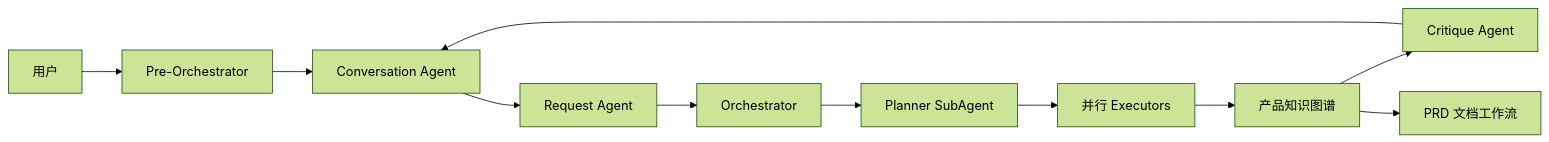
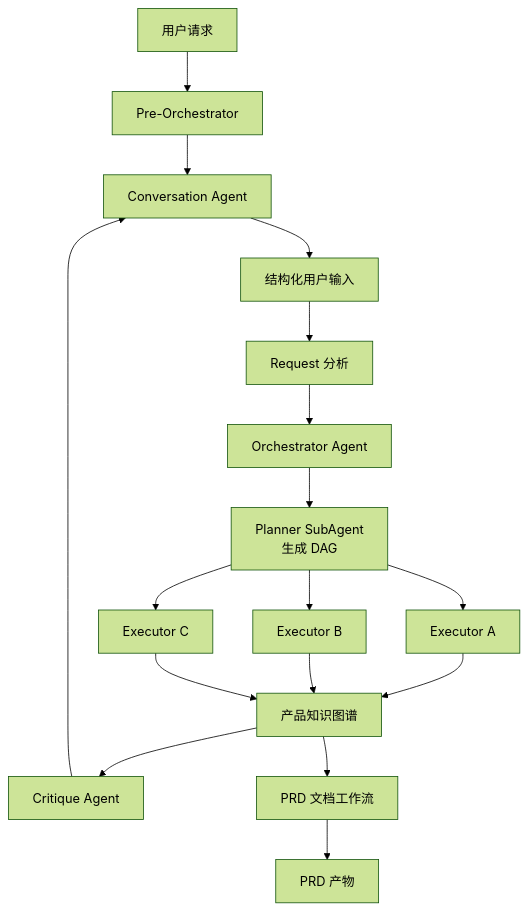
Before and after one commit to MetaBrain-Labs/meta-pm-agent: the diagram in README-zh.md, drawn with Mermaid (forest theme). The commit also changed other lines of this file and 16 other files, not shown here.

````diff
--- a/README-zh.md
+++ b/README-zh.md
@@ -23,13 +70,19 @@
 ```mermaid
-flowchart LR
-    U["用户"] --> PO["Pre-Orchestrator"]
+flowchart TD
+    U["用户请求"] --> PO["Pre-Orchestrator"]
     PO --> C["Conversation Agent"]
-    C --> R["Request Agent"]
-    R --> O["Orchestrator"]
-    O --> P["Planner SubAgent"]
-    P --> E["并行 Executors"]
-    E --> K["产品知识图谱"]
+    C --> UI["结构化用户输入"]
+    UI --> R["Request 分析"]
+    R --> O["Orchestrator Agent"]
+    O --> P["Planner SubAgent<br/>生成 DAG"]
+    P --> E1["Executor A"]
+    P --> E2["Executor B"]
+    P --> E3["Executor C"]
+    E1 --> K["产品知识图谱"]
+    E2 --> K
+    E3 --> K
     K --> Q["Critique Agent"]
+    Q --> C
     K --> D["PRD 文档工作流"]
-    Q --> C
+    D --> PRD["PRD 产物"]
 ```
````
